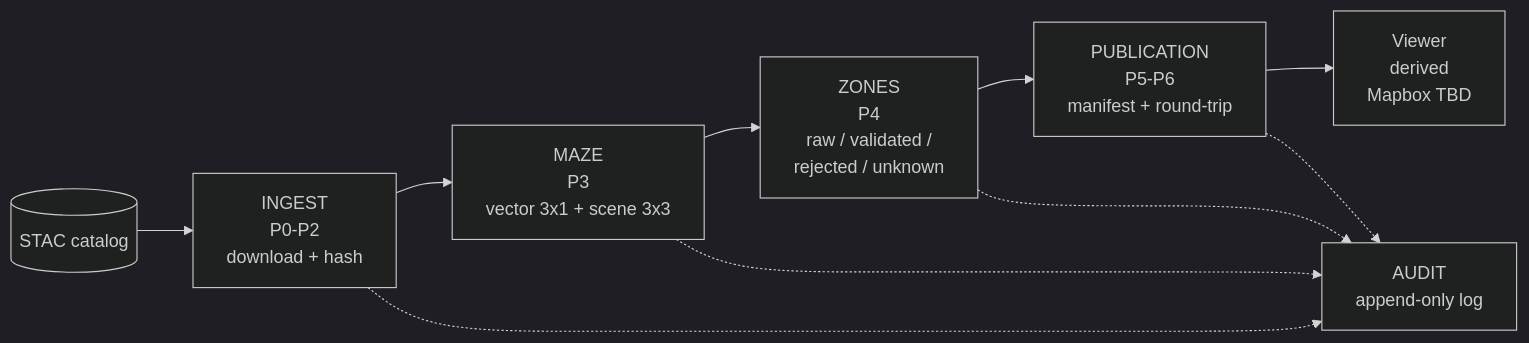
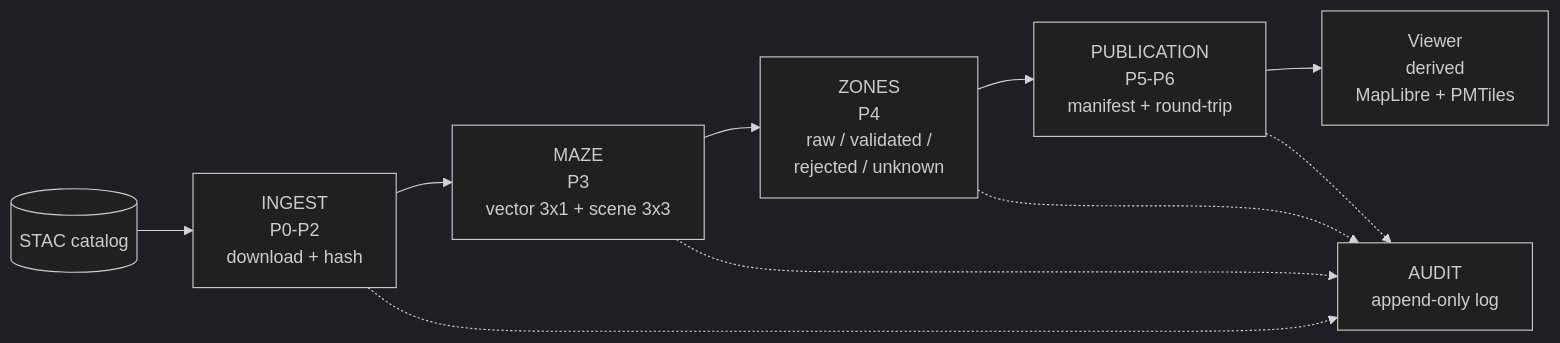
Before and after one commit to racosta-data/lots-twin: the first of 8 diagrams in docs/maze-flow.md, drawn with Mermaid (dark theme). The commit also changed other lines of this file and 2 other files, not shown here.

Commit message:
docs: contract v0.3, resolve D3-D8 F1-F6, viewer and source decisions (#4)

````diff
--- a/docs/maze-flow.md
+++ b/docs/maze-flow.md
@@ -30,12 +30,12 @@
 ```mermaid
 flowchart LR
   STAC[(STAC catalog)] --> ING[INGEST<br/>P0-P2<br/>download + hash]
   ING --> MAZE[MAZE<br/>P3<br/>vector 3x1 + scene 3x3]
   MAZE --> ZONES[ZONES<br/>P4<br/>raw / validated /<br/>rejected / unknown]
   ZONES --> PUB[PUBLICATION<br/>P5-P6<br/>manifest + round-trip]
-  PUB --> VIEW[Viewer<br/>derived<br/>Mapbox TBD]
+  PUB --> VIEW[Viewer<br/>derived<br/>MapLibre + PMTiles]
   ING -.-> AUDIT[AUDIT<br/>append-only log]
   MAZE -.-> AUDIT
   ZONES -.-> AUDIT
   PUB -.-> AUDIT
 ```
````
